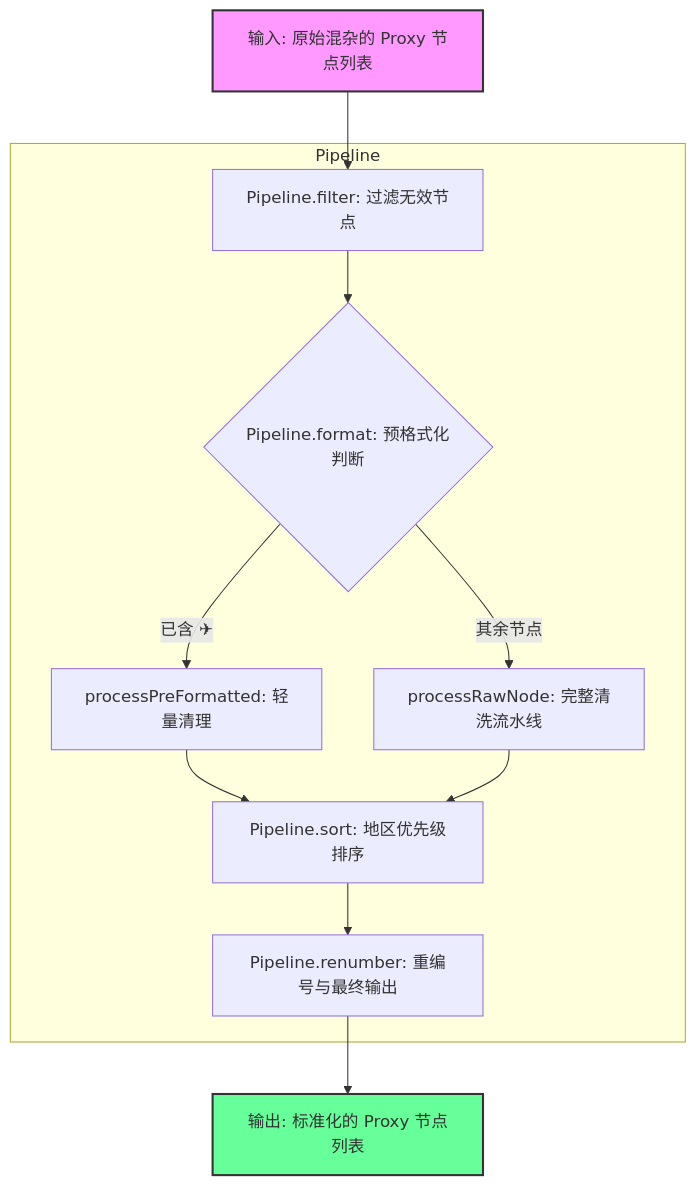
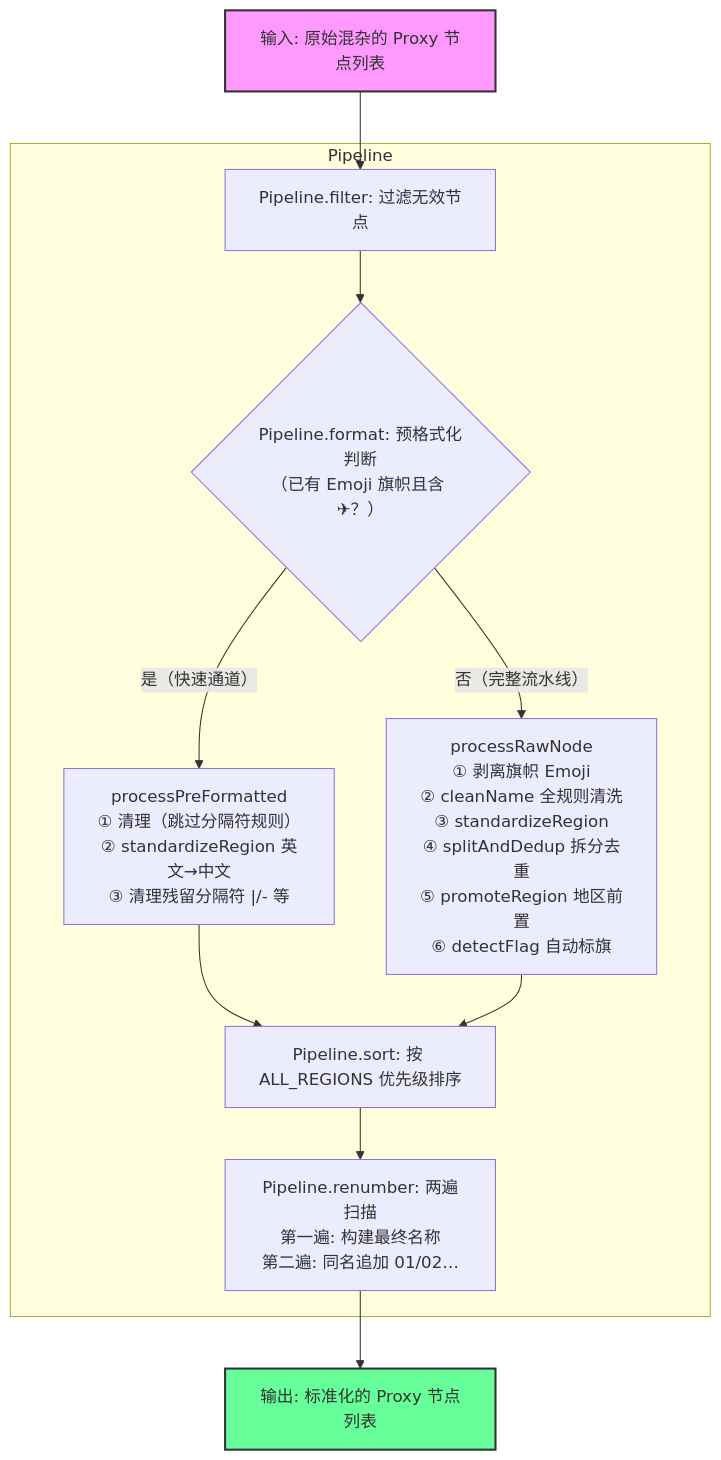
One commit to currycan/key changed the fourth of 4 diagrams in docker/sb-xray/docs/03-routing-and-clients.md. Above: the diagram before and after it, drawn with Mermaid. The commit also changed other lines of this file, not shown here.

````diff
--- a/docker/sb-xray/docs/03-routing-and-clients.md
+++ b/docker/sb-xray/docs/03-routing-and-clients.md
@@ -274,20 +274,20 @@
 ```mermaid
 graph TD
     A["输入: 原始混杂的 Proxy 节点列表"] --> F0
 
     subgraph Pipeline
         F0["Pipeline.filter: 过滤无效节点"] --> F1
-        F1{"Pipeline.format: 预格式化判断"}
-        F1 -- "已含 ✈" --> PF["processPreFormatted: 轻量清理"]
-        F1 -- "其余节点" --> PR["processRawNode: 完整清洗流水线"]
+        F1{"Pipeline.format: 预格式化判断\n（已有 Emoji 旗帜且含 ✈？）"}
+        F1 -- "是（快速通道）" --> PF["processPreFormatted\n① 清理（跳过分隔符规则）\n② standardizeRegion 英文→中文\n③ 清理残留分隔符 |/- 等"]
+        F1 -- "否（完整流水线）" --> PR["processRawNode\n① 剥离旗帜 Emoji\n② cleanName 全规则清洗\n③ standardizeRegion\n④ splitAndDedup 拆分去重\n⑤ promoteRegion 地区前置\n⑥ detectFlag 自动标旗"]
         PF --> S
         PR --> S
-        S["Pipeline.sort: 地区优先级排序"] --> R
-        R["Pipeline.renumber: 重编号与最终输出"]
+        S["Pipeline.sort: 按 ALL_REGIONS 优先级排序"] --> R
+        R["Pipeline.renumber: 两遍扫描\n第一遍: 构建最终名称\n第二遍: 同名追加 01/02…"]
     end
 
     R --> Z["输出: 标准化的 Proxy 节点列表"]
 
     style A fill:#f9f,stroke:#333,stroke-width:2px
     style Z fill:#6f9,stroke:#333,stroke-width:2px
 ```
````
